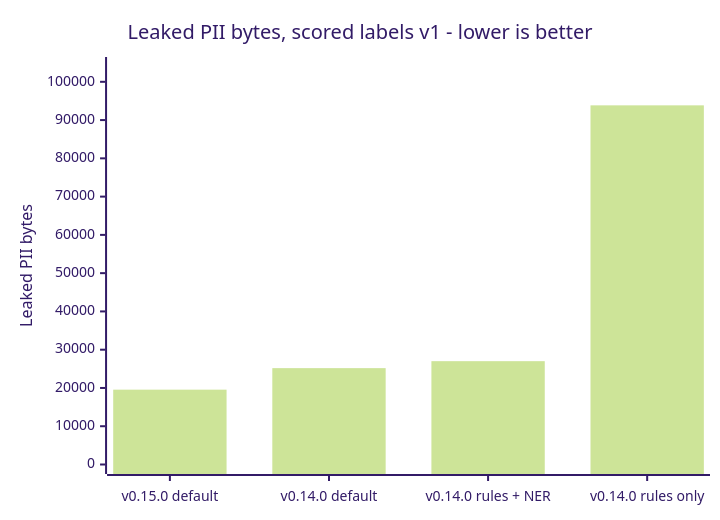
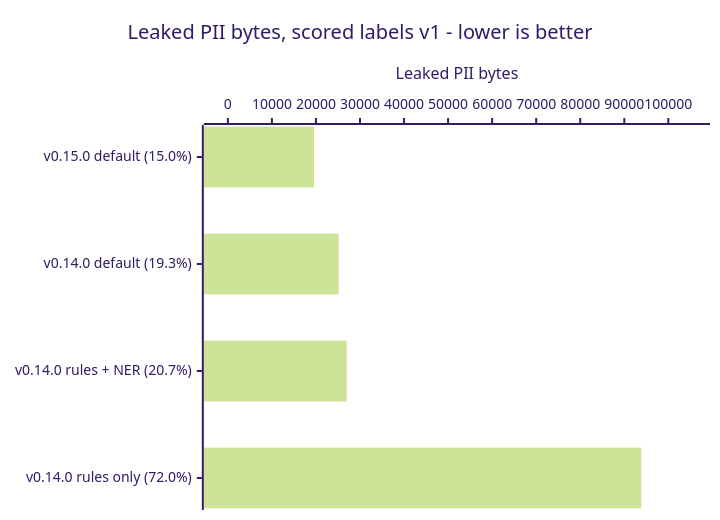
Before and after one commit to CertaMesh/gaze: the diagram in README.md, drawn with Mermaid (forest theme). The commit also changed other lines of this file and 3 other files, not shown here.

First line of the commit message:
Show leak-rate percentages on the benchmark charts

````diff
--- a/README.md
+++ b/README.md
@@ -34,7 +34,7 @@
 ```mermaid
-xychart-beta
+xychart-beta horizontal
     title "Leaked PII bytes, scored labels v1 - lower is better"
-    x-axis ["v0.15.0 default", "v0.14.0 default", "v0.14.0 rules + NER", "v0.14.0 rules only"]
+    x-axis ["v0.15.0 default (15.0%)", "v0.14.0 default (19.3%)", "v0.14.0 rules + NER (20.7%)", "v0.14.0 rules only (72.0%)"]
     y-axis "Leaked PII bytes" 0 --> 104000
     bar [19556, 25179, 27000, 93850]
 ```
````
